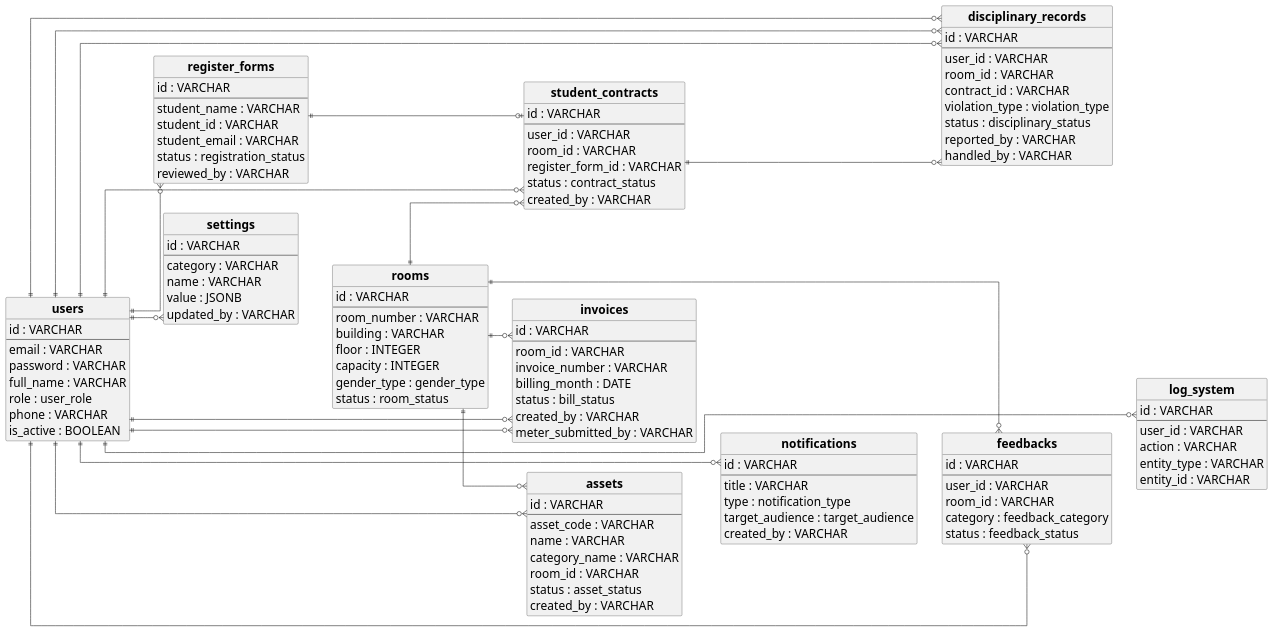
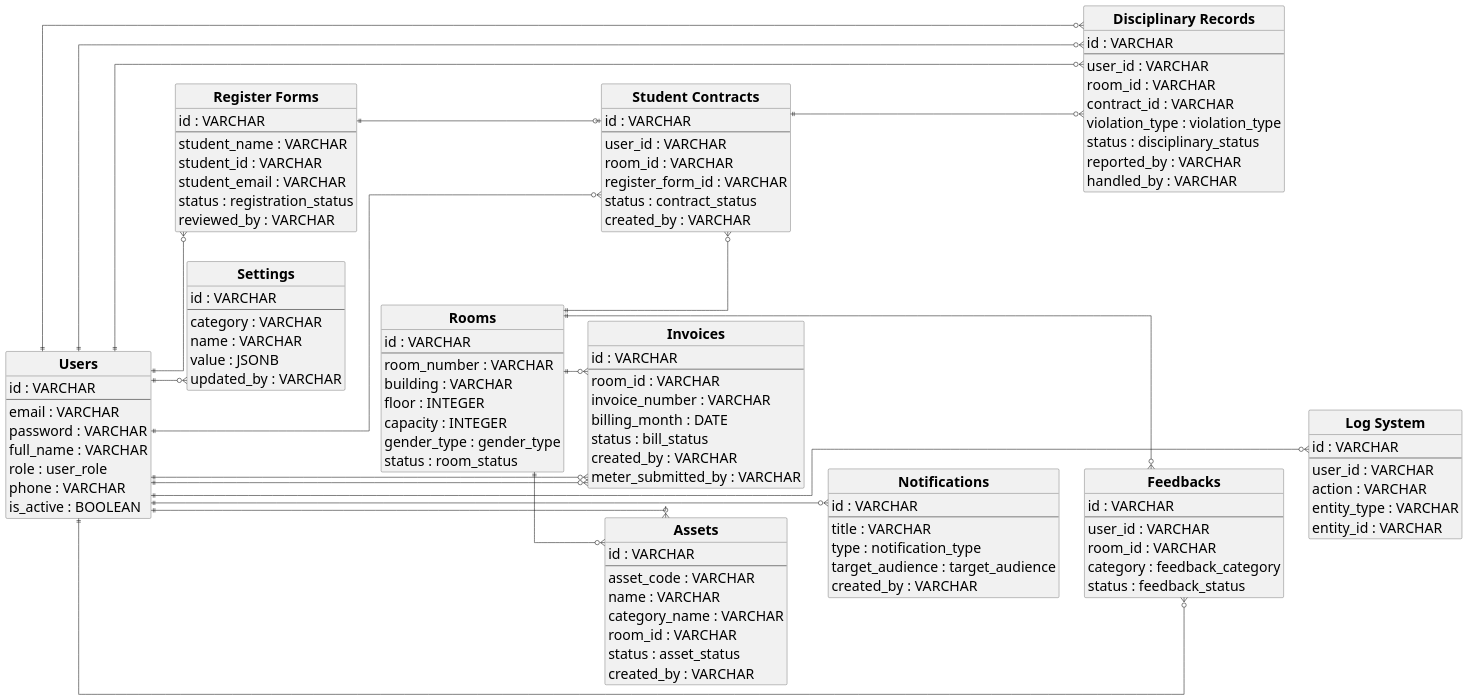
Before and after one commit to s0nbuildtech287/dormitory-frontend: the diagram in diagrams/sql/erd.puml, drawn with PlantUML.

```diff
--- a/diagrams/sql/erd.puml
+++ b/diagrams/sql/erd.puml
@@ -1,176 +1,176 @@
 @startuml "ERD - Dormitory System"
-skinparam defaultFontSize 22
+skinparam defaultFontSize 26
 skinparam defaultFontName "Times New Roman"
 skinparam linetype ortho
 skinparam nodesep 55
 skinparam ranksep 45
 skinparam entity {
   BackgroundColor #FFFFFF
   BorderColor #000000
   FontColor #1F2937
   AttributeFontColor #0F172A
-  HeaderBackgroundColor #E8EEF6
-  HeaderFontColor #0B1F3A
+  HeaderBackgroundColor #C7D2EA
+  HeaderFontColor #0A1020
 }
 hide circle
 left to right direction
 
-entity "<b>users</b>" as users {
+entity "<b>Users</b>" as users {
   id : VARCHAR
   --
   email : VARCHAR
   password : VARCHAR
   full_name : VARCHAR
   role : user_role
   phone : VARCHAR
   is_active : BOOLEAN
 }
 
-entity "<b>settings</b>" as settings {
+entity "<b>Settings</b>" as settings {
   id : VARCHAR
   --
   category : VARCHAR
   name : VARCHAR
   value : JSONB
   updated_by : VARCHAR
 }
 
-entity "<b>register_forms</b>" as register_forms {
+entity "<b>Register Forms</b>" as register_forms {
   id : VARCHAR
   --
   student_name : VARCHAR
   student_id : VARCHAR
   student_email : VARCHAR
   status : registration_status
   reviewed_by : VARCHAR
 }
 
-entity "<b>rooms</b>" as rooms {
+entity "<b>Rooms</b>" as rooms {
   id : VARCHAR
   --
   room_number : VARCHAR
   building : VARCHAR
   floor : INTEGER
   capacity : INTEGER
   gender_type : gender_type
   status : room_status
 }
 
-entity "<b>student_contracts</b>" as student_contracts {
+entity "<b>Student Contracts</b>" as student_contracts {
   id : VARCHAR
   --
   user_id : VARCHAR
   room_id : VARCHAR
   register_form_id : VARCHAR
   status : contract_status
   created_by : VARCHAR
 }
 
-entity "<b>invoices</b>" as invoices {
+entity "<b>Invoices</b>" as invoices {
   id : VARCHAR
   --
   room_id : VARCHAR
   invoice_number : VARCHAR
   billing_month : DATE
   status : bill_status
   created_by : VARCHAR
   meter_submitted_by : VARCHAR
 }
 
-entity "<b>notifications</b>" as notifications {
+entity "<b>Notifications</b>" as notifications {
   id : VARCHAR
   --
   title : VARCHAR
   type : notification_type
   target_audience : target_audience
   created_by : VARCHAR
 }
 
-entity "<b>feedbacks</b>" as feedbacks {
+entity "<b>Feedbacks</b>" as feedbacks {
   id : VARCHAR
   --
   user_id : VARCHAR
   room_id : VARCHAR
   category : feedback_category
   status : feedback_status
 }
 
-entity "<b>assets</b>" as assets {
+entity "<b>Assets</b>" as assets {
   id : VARCHAR
   --
   asset_code : VARCHAR
   name : VARCHAR
   category_name : VARCHAR
   room_id : VARCHAR
   status : asset_status
   created_by : VARCHAR
 }
 
-entity "<b>disciplinary_records</b>" as disciplinary_records {
+entity "<b>Disciplinary Records</b>" as disciplinary_records {
   id : VARCHAR
   --
   user_id : VARCHAR
   room_id : VARCHAR
   contract_id : VARCHAR
   violation_type : violation_type
   status : disciplinary_status
   reported_by : VARCHAR
   handled_by : VARCHAR
 }
 
-entity "<b>log_system</b>" as log_system {
+entity "<b>Log System</b>" as log_system {
   id : VARCHAR
   --
   user_id : VARCHAR
   action : VARCHAR
   entity_type : VARCHAR
   entity_id : VARCHAR
 }
 
 ' Hidden spacers to improve label clearance
 entity " " as SpacerRoomAsset
 entity " " as SpacerContractDiscipline
 hide SpacerRoomAsset
 hide SpacerContractDiscipline
 
 ' Layout hints for balanced alignment
 users -[hidden]-> register_forms
 register_forms -[hidden]-> rooms
 rooms -[hidden]-> invoices
 
 settings -[hidden]-> student_contracts
 student_contracts -[hidden]-> notifications
 notifications -[hidden]-> feedbacks
 
 assets -[hidden]-> disciplinary_records
 disciplinary_records -[hidden]-> log_system
 
 register_forms -[hidden]-> student_contracts
 rooms -right[hidden]-> assets
 invoices -right[hidden]-> assets
 rooms -right[hidden]-> SpacerRoomAsset
 SpacerRoomAsset -right[hidden]-> assets
 
 users ||--o{ student_contracts
 users ||--o{ notifications
 users ||--o{ feedbacks
 users ||--o{ assets
 users ||--o{ disciplinary_records
 users ||--o{ disciplinary_records
 users ||--o{ disciplinary_records
 users ||--o{ settings
 users ||--o{ invoices
 users ||--o{ invoices
 users ||--o{ log_system
 users ||--o{ register_forms
 
 rooms ||--o{ student_contracts
 rooms ||--o{ invoices
 rooms ||--o{ feedbacks
 rooms ||--o{ assets
 
 register_forms ||--o| student_contracts
 student_contracts ||--o{ disciplinary_records
 student_contracts -down[hidden]-> SpacerContractDiscipline
 SpacerContractDiscipline -down[hidden]-> disciplinary_records
 @enduml
```
